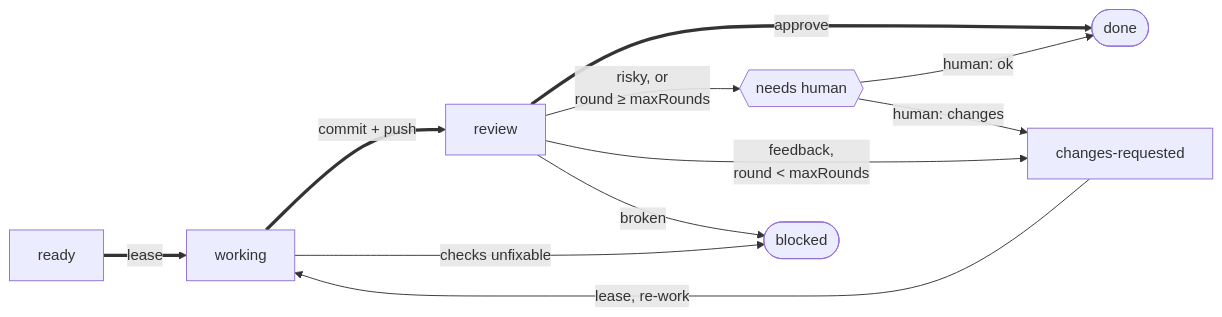
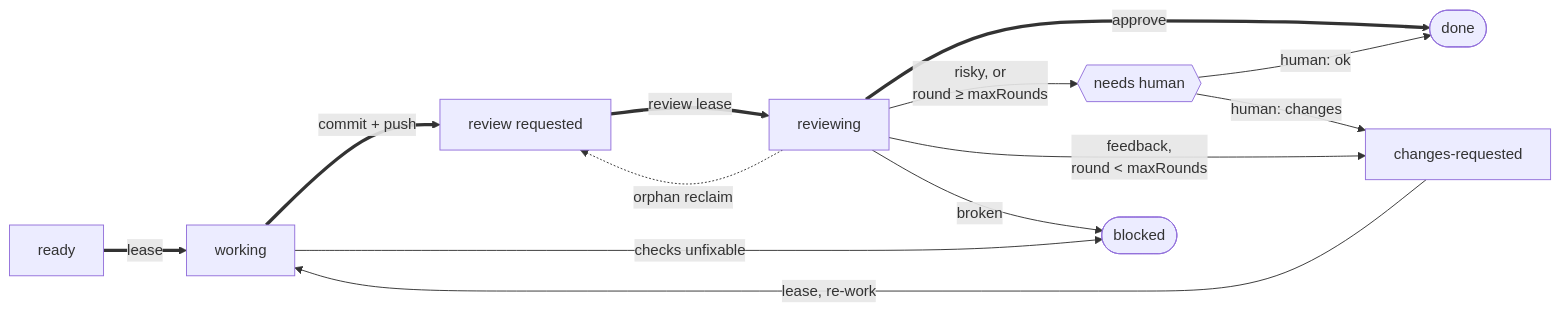
The diagram in skills/work/work-implement/REFERENCE.md (TitusKirch/skills), drawn with Mermaid before and after one commit. The commit also changed other lines of this file and 1 other file, not shown here.

First line of the commit message:
feat(work-implement): add reviewing to the lifecycle state machine

````diff
--- a/skills/work/work-implement/REFERENCE.md
+++ b/skills/work/work-implement/REFERENCE.md
@@ -152,16 +159,18 @@
 ```mermaid
 flowchart LR
   ready["ready"] ==>|"lease"| working["working"]
-  working ==>|"commit + push"| review["review"]
-  review ==>|"approve"| done(["done"])
+  working ==>|"commit + push"| review["review requested"]
+  review ==>|"review lease"| reviewing["reviewing"]
+  reviewing ==>|"approve"| done(["done"])
 
-  review -->|"risky, or<br/>round ≥ maxRounds"| human{{"needs human"}}
+  reviewing -->|"risky, or<br/>round ≥ maxRounds"| human{{"needs human"}}
   human -->|"human: ok"| done
   human -->|"human: changes"| changes["changes-requested"]
 
-  review -->|"feedback,<br/>round &lt; maxRounds"| changes
+  reviewing -->|"feedback,<br/>round &lt; maxRounds"| changes
   changes -->|"lease, re-work"| working
 
   working -->|"checks unfixable"| blocked(["blocked"])
-  review -->|"broken"| blocked
+  reviewing -->|"broken"| blocked
+  reviewing -.->|"orphan reclaim"| review
 ```
````
